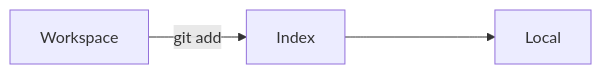
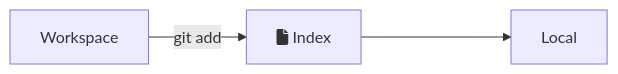
One commit to JulienLebranchu/git-training-sfa changed the second of 8 diagrams in materials/git-training.qmd. Above: the diagram before and after it, drawn with Mermaid. The commit also changed other lines of this file and 1 other file, not shown here.

````diff
--- a/materials/git-training.qmd
+++ b/materials/git-training.qmd
@@ -154,4 +153,4 @@
 ```{mermaid}
 graph LR
-    A[Workspace] -- git add --> B[Index] ----> C[Local]  
+    A[Workspace] -- git add --> B[fa:fa-file Index] ----> C[Local]  
 ```
````
